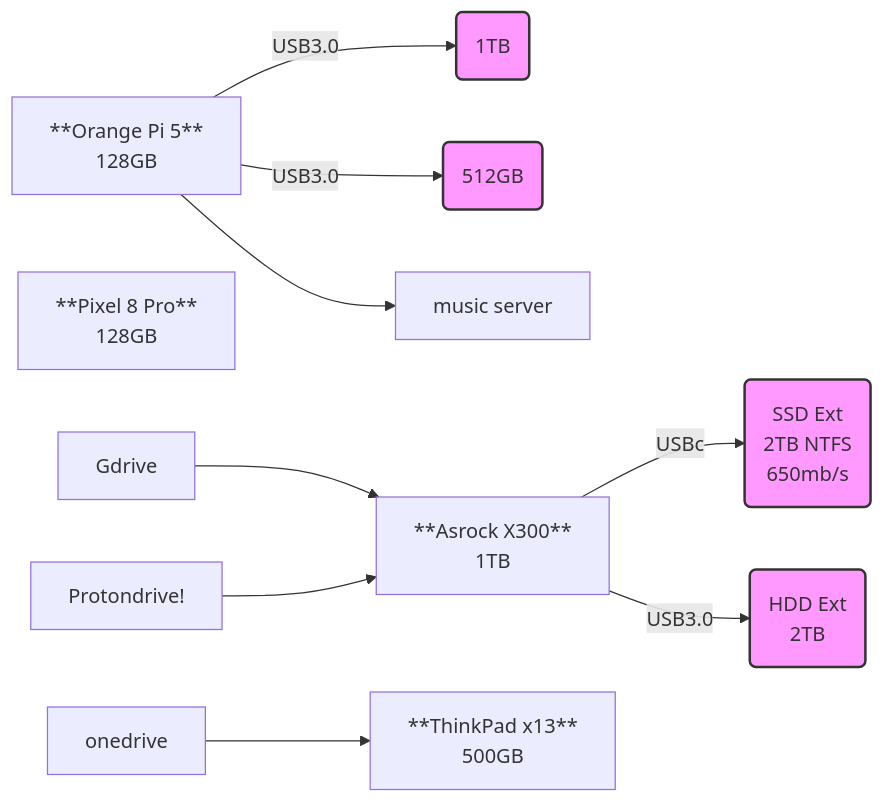
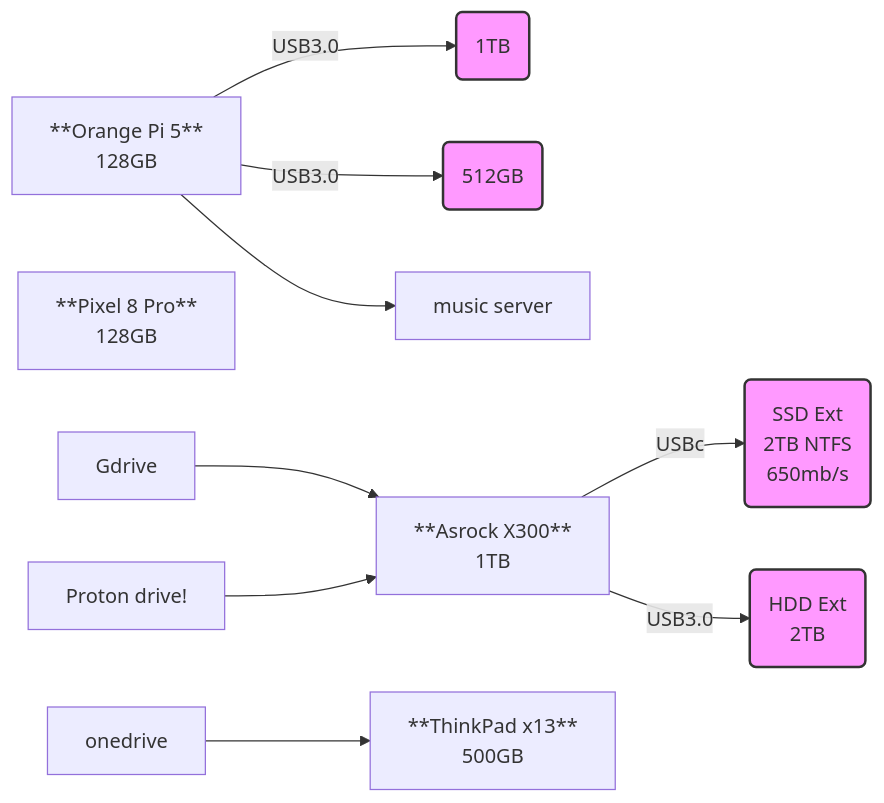
Before and after one commit to JAlcocerT/JAlcocerT: the diagram in content/blog/oss-nas.md, drawn with Mermaid. The commit also changed other lines of this file and 14 other files, not shown here.

````diff
--- a/content/blog/oss-nas.md
+++ b/content/blog/oss-nas.md
@@ -175,18 +175,18 @@
 ```mermaid
 graph LR
     A[**Orange Pi 5** <br/> 128GB] --USB3.0 --> B(1TB);
     A --USB3.0--> C(512GB);
     E[**Pixel 8 Pro** <br/> 128GB];
     I[**Asrock X300** <br/> 1TB ] --USBc--> J(SSD Ext <br/>2TB NTFS <br/> 650mb/s);
     I --USB3.0--> K(HDD Ext <br/> 2TB );
     L[**ThinkPad x13**<br/>500GB];
     A --> Y[music server];
     AA[Gdrive] --> I;
-    AB[Protondrive!] --> I;
+    AB[Proton drive!] --> I;
     AC[onedrive] --> L;
     
     style B fill:#f9f,stroke:#333,stroke-width:2px
     style C fill:#f9f,stroke:#333,stroke-width:2px
     style J fill:#f9f,stroke:#333,stroke-width:2px
     style K fill:#f9f,stroke:#333,stroke-width:2px
 ```
````
